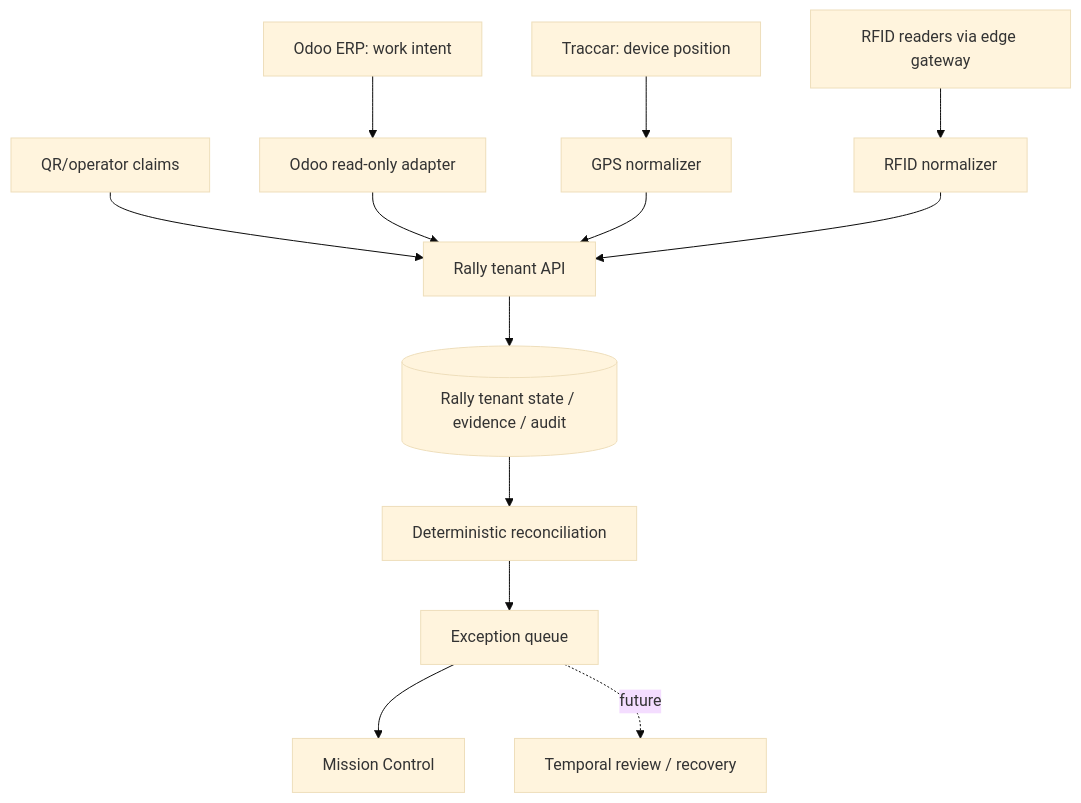
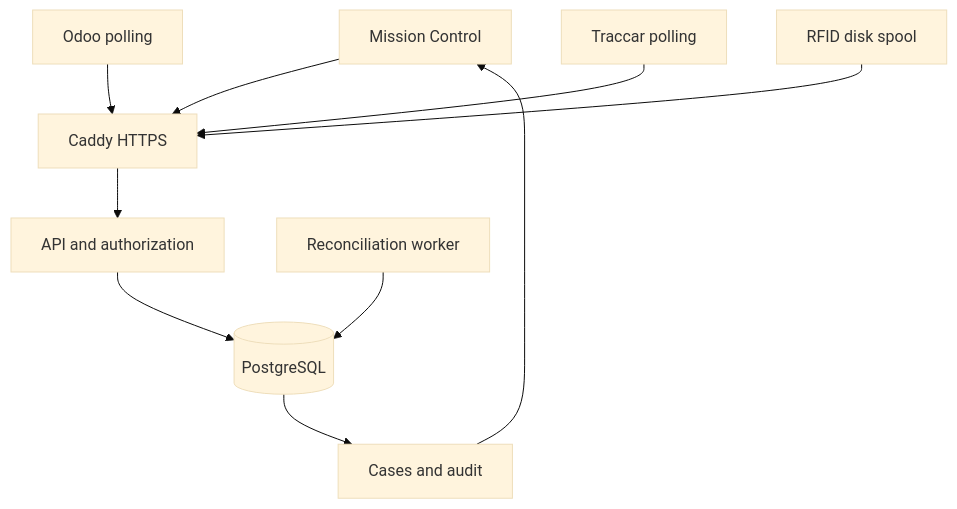
One commit to em3rc0dTh/Rally changed the diagram in docs/02-architecture.md. Above: the diagram before and after it, drawn with Mermaid (base theme). The commit also changed other lines of this file and 42 other files, not shown here.

````diff
--- a/docs/02-architecture.md
+++ b/docs/02-architecture.md
@@ -5,15 +3,12 @@
-~~~mermaid
+```mermaid
 flowchart TD
- O[Odoo ERP: work intent] --> OA[Odoo read-only adapter]
- T[Traccar: device position] --> TA[GPS normalizer]
- R[RFID readers via edge gateway] --> RA[RFID normalizer]
- Q[QR/operator claims] --> API[Rally tenant API]
- OA --> API
- TA --> API
- RA --> API
- API --> DB[(Rally tenant state / evidence / audit)]
- DB --> RECON[Deterministic reconciliation]
- RECON --> CASE[Exception queue]
- CASE --> UI[Mission Control]
- CASE -. future .-> TEMP[Temporal review / recovery]
-~~~
+ Browser[Mission Control] --> TLS[Caddy HTTPS]
+ Odoo[Odoo polling] --> TLS
+ GPS[Traccar polling] --> TLS
+ RFID[RFID disk spool] --> TLS
+ TLS --> API[API and authorization]
+ API --> DB[(PostgreSQL)]
+ Worker[Reconciliation worker] --> DB
+ DB --> Cases[Cases and audit]
+ Cases --> Browser
+```
````
